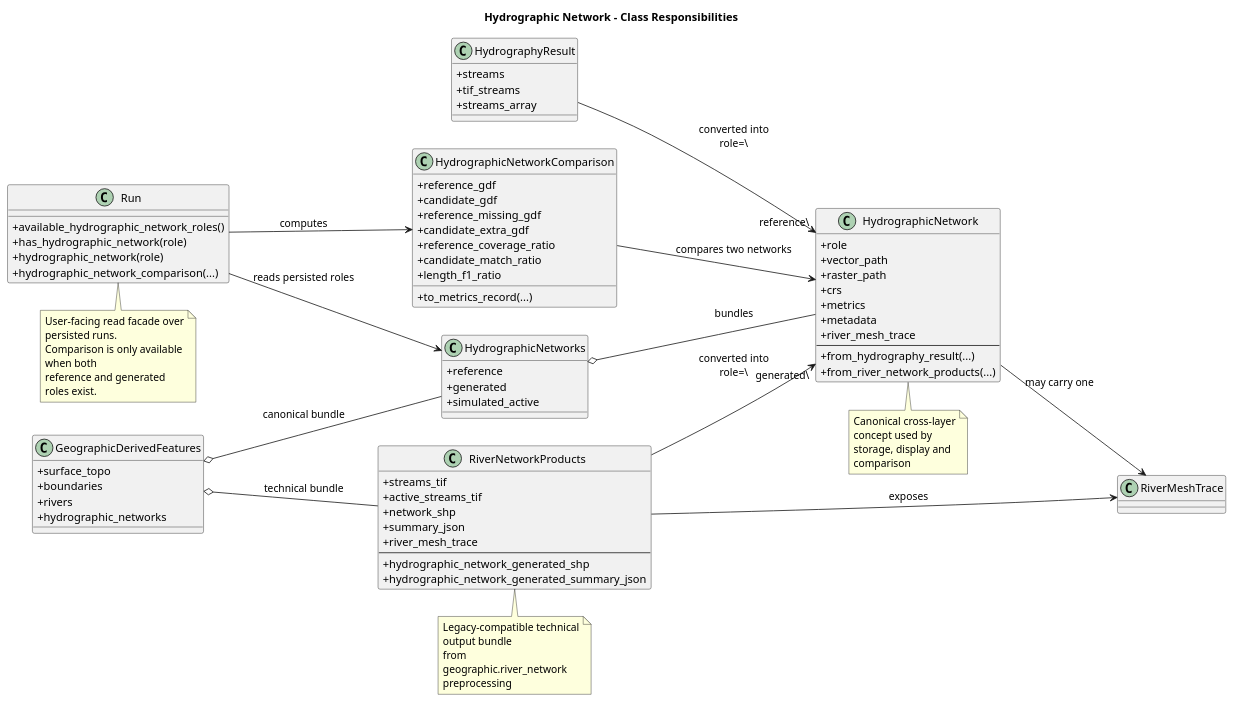
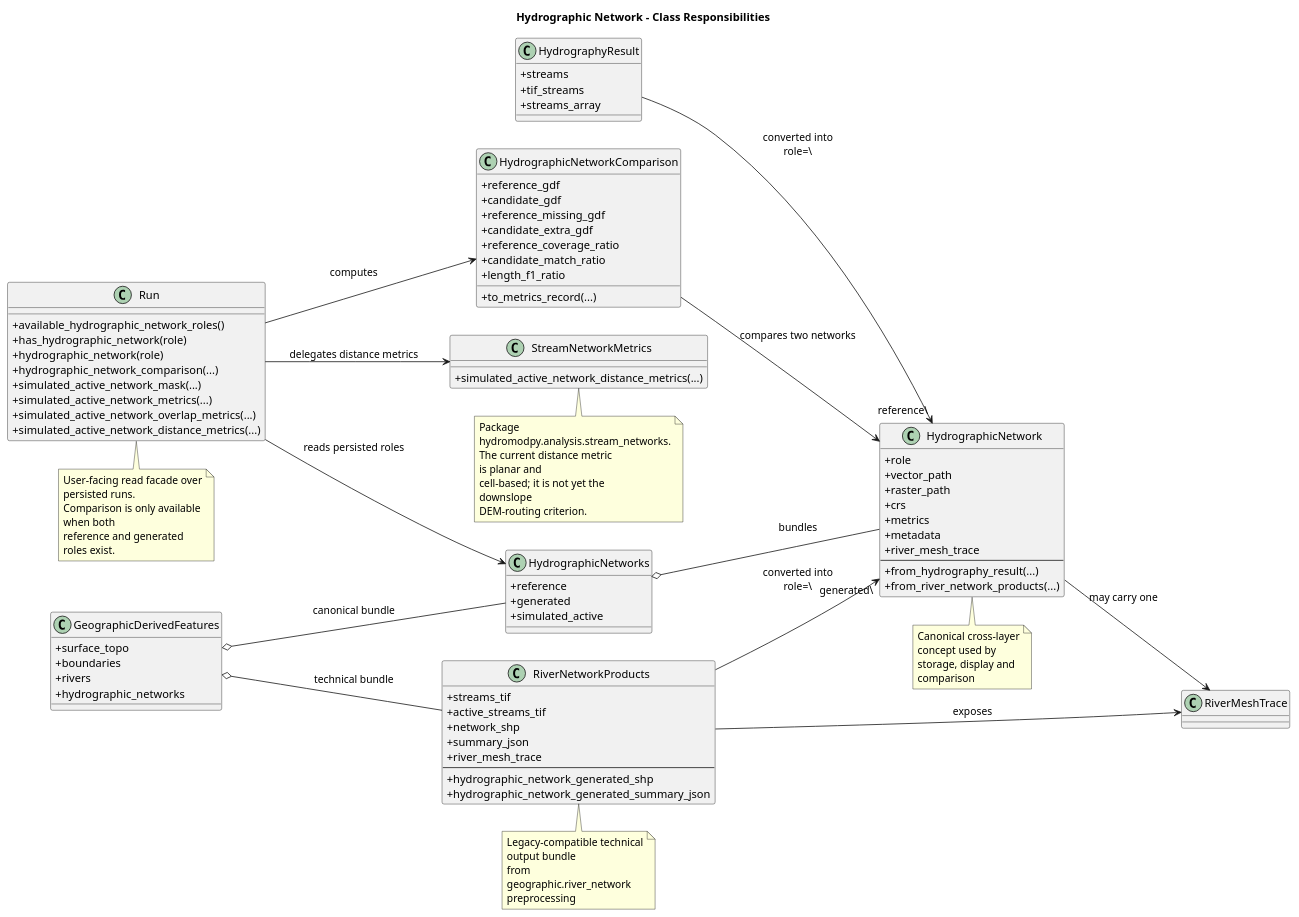
One commit to HydroModPy/HydroModPy changed the diagram in docs/readthedocs/source/architecture/overview/diagrams/hydrographic_network_class_map.wsd. Above: the diagram before and after it, drawn with PlantUML. The commit also changed 251 other files, not shown here.

```diff
--- a/docs/readthedocs/source/architecture/overview/diagrams/hydrographic_network_class_map.wsd
+++ b/docs/readthedocs/source/architecture/overview/diagrams/hydrographic_network_class_map.wsd
@@ -1,96 +1,112 @@
 @startuml
 title Hydrographic Network - Class Responsibilities
 left to right direction
 skinparam classAttributeIconSize 0
 skinparam wrapWidth 180
 
 class HydrographyResult {
   +streams
   +tif_streams
   +streams_array
 }
 
 class RiverNetworkProducts {
   +streams_tif
   +active_streams_tif
   +network_shp
   +summary_json
   +river_mesh_trace
   --
   +hydrographic_network_generated_shp
   +hydrographic_network_generated_summary_json
 }
 
 class RiverMeshTrace
 
 class HydrographicNetwork {
   +role
   +vector_path
   +raster_path
   +crs
   +metrics
   +metadata
   +river_mesh_trace
   --
   +from_hydrography_result(...)
   +from_river_network_products(...)
 }
 
 class HydrographicNetworks {
   +reference
   +generated
   +simulated_active
 }
 
 class HydrographicNetworkComparison {
   +reference_gdf
   +candidate_gdf
   +reference_missing_gdf
   +candidate_extra_gdf
   +reference_coverage_ratio
   +candidate_match_ratio
   +length_f1_ratio
   +to_metrics_record(...)
 }
 
+class StreamNetworkMetrics {
+  +simulated_active_network_distance_metrics(...)
+}
+
 class GeographicDerivedFeatures {
   +surface_topo
   +boundaries
   +rivers
   +hydrographic_networks
 }
 
 class Run {
   +available_hydrographic_network_roles()
   +has_hydrographic_network(role)
   +hydrographic_network(role)
   +hydrographic_network_comparison(...)
+  +simulated_active_network_mask(...)
+  +simulated_active_network_metrics(...)
+  +simulated_active_network_overlap_metrics(...)
+  +simulated_active_network_distance_metrics(...)
 }
 
 HydrographyResult --> HydrographicNetwork : converted into\nrole=\"reference\"
 RiverNetworkProducts --> HydrographicNetwork : converted into\nrole=\"generated\"
 RiverNetworkProducts --> RiverMeshTrace : exposes
 HydrographicNetwork --> RiverMeshTrace : may carry one
 HydrographicNetworks o-- HydrographicNetwork : bundles
 GeographicDerivedFeatures o-- RiverNetworkProducts : technical bundle
 GeographicDerivedFeatures o-- HydrographicNetworks : canonical bundle
 Run --> HydrographicNetworks : reads persisted roles
 Run --> HydrographicNetworkComparison : computes
+Run --> StreamNetworkMetrics : delegates distance metrics
 HydrographicNetworkComparison --> HydrographicNetwork : compares two networks
 
 note bottom of RiverNetworkProducts
 Legacy-compatible technical output bundle
 from geographic.river_network preprocessing
 end note
 
 note bottom of HydrographicNetwork
 Canonical cross-layer concept used by
 storage, display and comparison
 end note
 
 note bottom of Run
 User-facing read facade over persisted runs.
 Comparison is only available when both
 reference and generated roles exist.
 end note
+
+note bottom of StreamNetworkMetrics
+Package hydromodpy.analysis.stream_networks.
+The current distance metric is planar and
+cell-based; it is not yet the downslope
+DEM-routing criterion.
+end note
 @enduml
```
